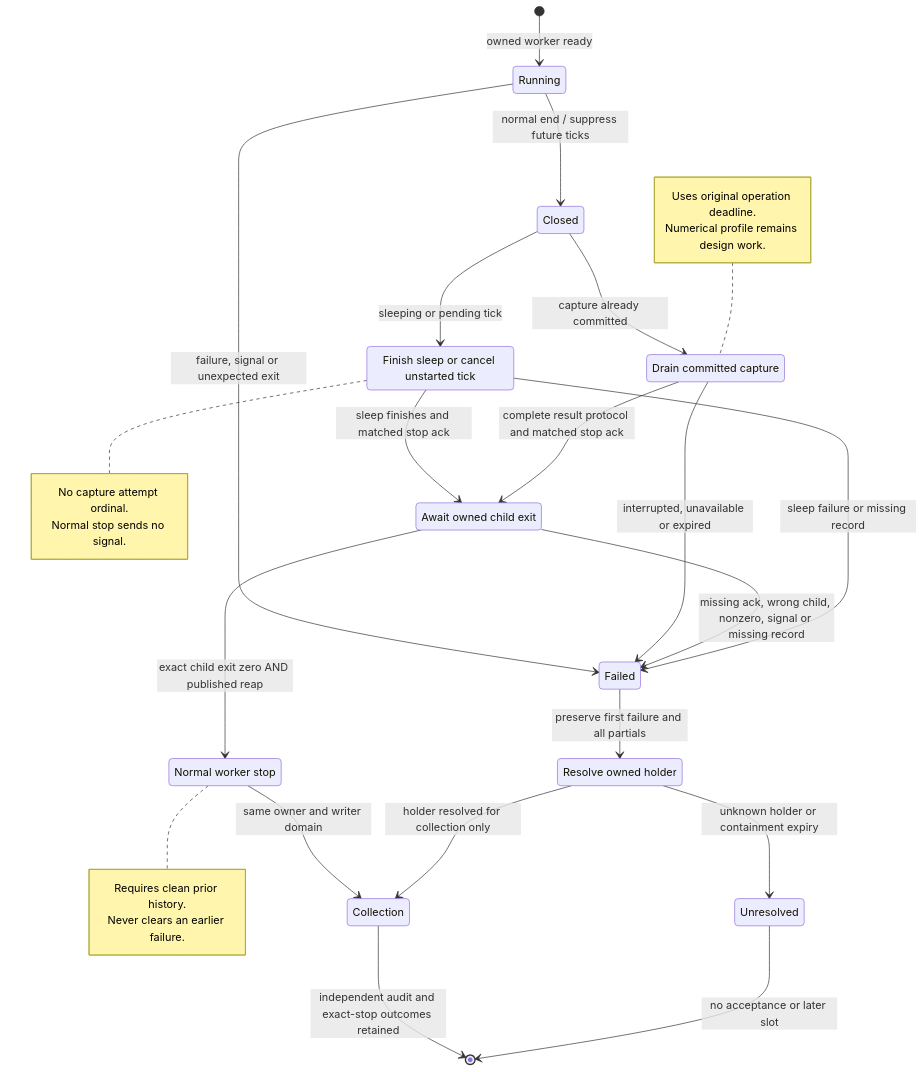
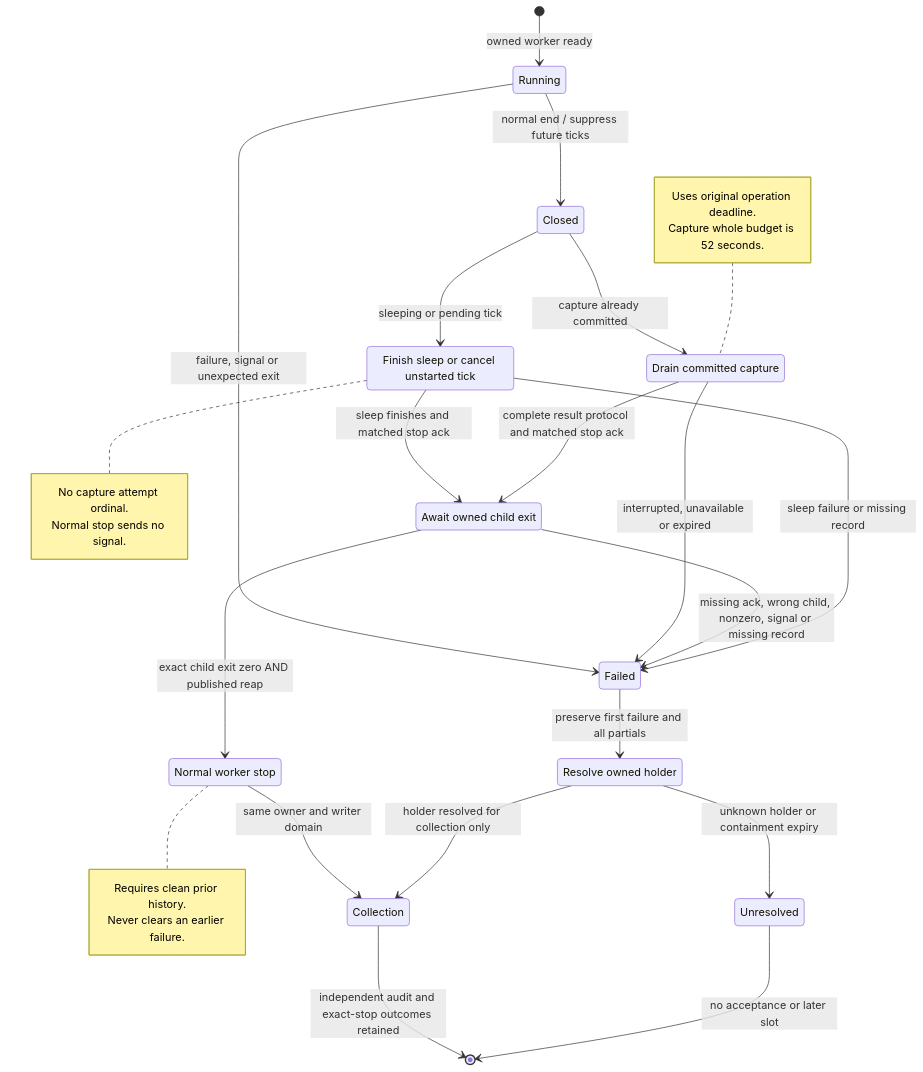
The diagram in docs/design/architecture/settings-activation/keepalive-lifecycle.mmd (Linkuistics/Koine), drawn with Mermaid before and after one commit. The commit also changed 25 other files, not shown here.

```diff
--- a/docs/design/architecture/settings-activation/keepalive-lifecycle.mmd
+++ b/docs/design/architecture/settings-activation/keepalive-lifecycle.mmd
@@ -1,35 +1,35 @@
 stateDiagram-v2
   state "Finish sleep or cancel unstarted tick" as CancelUnstarted
   state "Drain committed capture" as DrainCommitted
   state "Await owned child exit" as AwaitExit
   state "Normal worker stop" as NormalStop
   state "Resolve owned holder" as ResolveHolder
   [*] --> Running: owned worker ready
   Running --> Closed: normal end / suppress future ticks
   Running --> Failed: failure, signal or unexpected exit
   Closed --> CancelUnstarted: sleeping or pending tick
   Closed --> DrainCommitted: capture already committed
   CancelUnstarted --> AwaitExit: sleep finishes and matched stop ack
   DrainCommitted --> AwaitExit: complete result protocol and matched stop ack
   DrainCommitted --> Failed: interrupted, unavailable or expired
   AwaitExit --> NormalStop: exact child exit zero AND published reap
   AwaitExit --> Failed: missing ack, wrong child, nonzero, signal or missing record
   CancelUnstarted --> Failed: sleep failure or missing record
   NormalStop --> Collection: same owner and writer domain
   Failed --> ResolveHolder: preserve first failure and all partials
   ResolveHolder --> Collection: holder resolved for collection only
   ResolveHolder --> Unresolved: unknown holder or containment expiry
   Collection --> [*]: independent audit and exact-stop outcomes retained
   Unresolved --> [*]: no acceptance or later slot
   note right of CancelUnstarted
     No capture attempt ordinal.
     Normal stop sends no signal.
   end note
   note right of NormalStop
     Requires clean prior history.
     Never clears an earlier failure.
   end note
   note left of DrainCommitted
     Uses original operation deadline.
-    Numerical profile remains design work.
+    Capture whole budget is 52 seconds.
   end note
```
